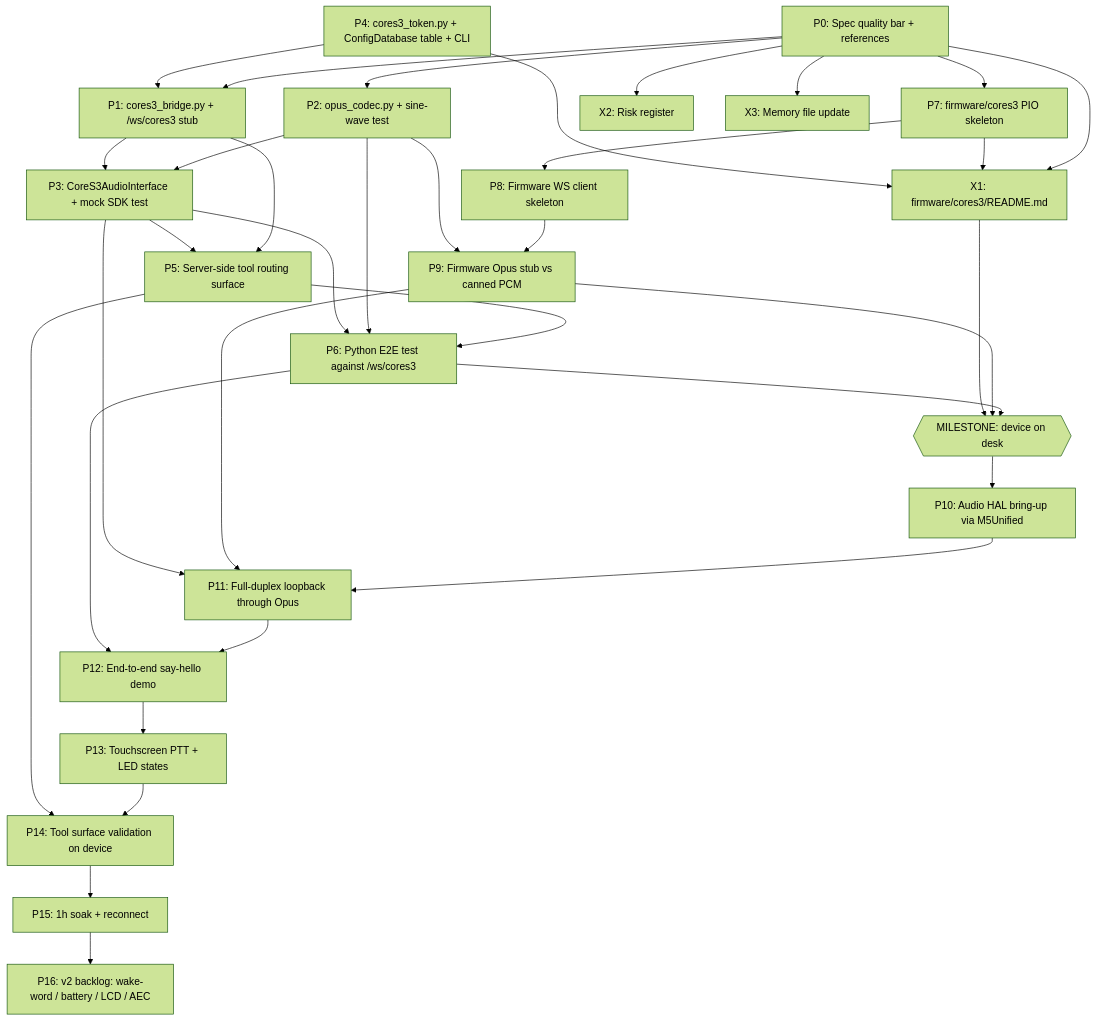
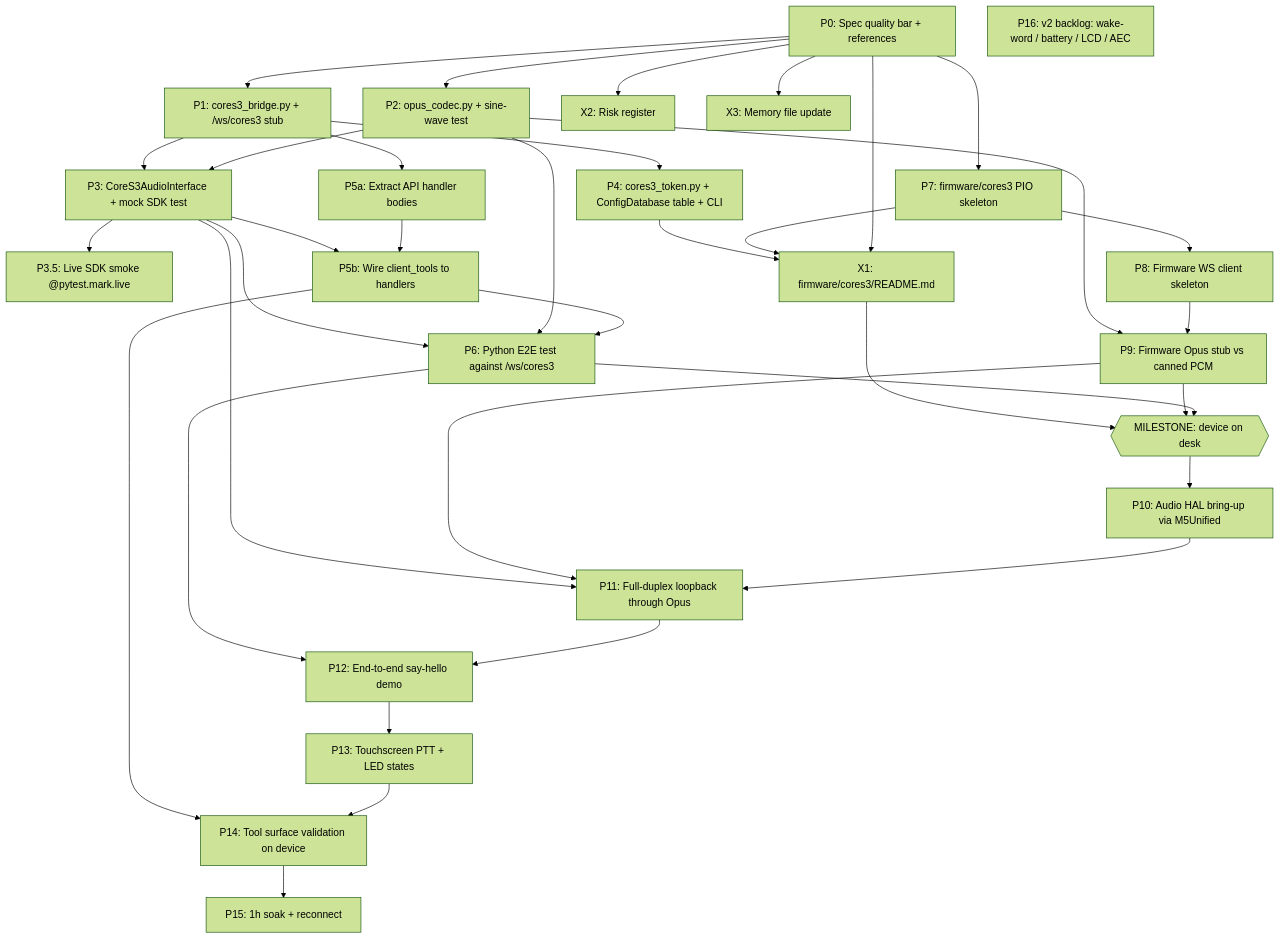
One commit to jakubkrzysztofsikora/walkie-talkie changed the diagram in thoughts/shared/plans/2026-06-02-cores3-port-plan.md. Above: the diagram before and after it, drawn with Mermaid (forest theme). The commit also changed other lines of this file, not shown here.

````diff
--- a/thoughts/shared/plans/2026-06-02-cores3-port-plan.md
+++ b/thoughts/shared/plans/2026-06-02-cores3-port-plan.md
@@ -27,60 +32,63 @@
 ```mermaid
 graph TD
   P0[P0: Spec quality bar + references]
   P1[P1: cores3_bridge.py + /ws/cores3 stub]
   P2[P2: opus_codec.py + sine-wave test]
   P3[P3: CoreS3AudioInterface + mock SDK test]
+  P35[P3.5: Live SDK smoke @pytest.mark.live]
   P4[P4: cores3_token.py + ConfigDatabase table + CLI]
-  P5[P5: Server-side tool routing surface]
+  P5a[P5a: Extract API handler bodies]
+  P5b[P5b: Wire client_tools to handlers]
   P6[P6: Python E2E test against /ws/cores3]
   P7[P7: firmware/cores3 PIO skeleton]
   P8[P8: Firmware WS client skeleton]
   P9[P9: Firmware Opus stub vs canned PCM]
   MS{{MILESTONE: device on desk}}
   P10[P10: Audio HAL bring-up via M5Unified]
   P11[P11: Full-duplex loopback through Opus]
   P12[P12: End-to-end say-hello demo]
   P13[P13: Touchscreen PTT + LED states]
   P14[P14: Tool surface validation on device]
   P15[P15: 1h soak + reconnect]
   P16[P16: v2 backlog: wake-word / battery / LCD / AEC]
   X1[X1: firmware/cores3/README.md]
   X2[X2: Risk register]
   X3[X3: Memory file update]
 
   P0 --> P1
   P0 --> P2
   P0 --> P7
   P2 --> P3
   P1 --> P3
-  P4 --> P1
-  P1 --> P5
-  P3 --> P5
-  P5 --> P6
+  P3 --> P35
+  P1 --> P4
+  P1 --> P5a
+  P5a --> P5b
+  P3 --> P5b
+  P5b --> P6
   P2 --> P6
   P3 --> P6
   P7 --> P8
   P8 --> P9
   P2 --> P9
   P0 --> X1
   P7 --> X1
   P4 --> X1
   P0 --> X2
   P0 --> X3
 
   P6 --> MS
   P9 --> MS
   X1 --> MS
 
   MS --> P10
   P10 --> P11
   P9 --> P11
   P3 --> P11
   P11 --> P12
   P6 --> P12
   P12 --> P13
   P13 --> P14
-  P5 --> P14
+  P5b --> P14
   P14 --> P15
-  P15 --> P16
 ```
````
